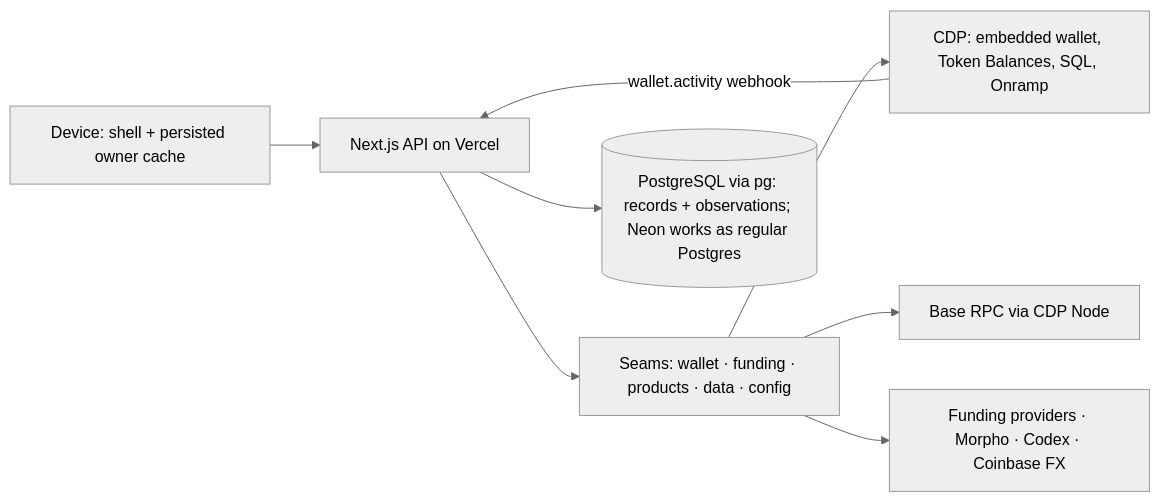
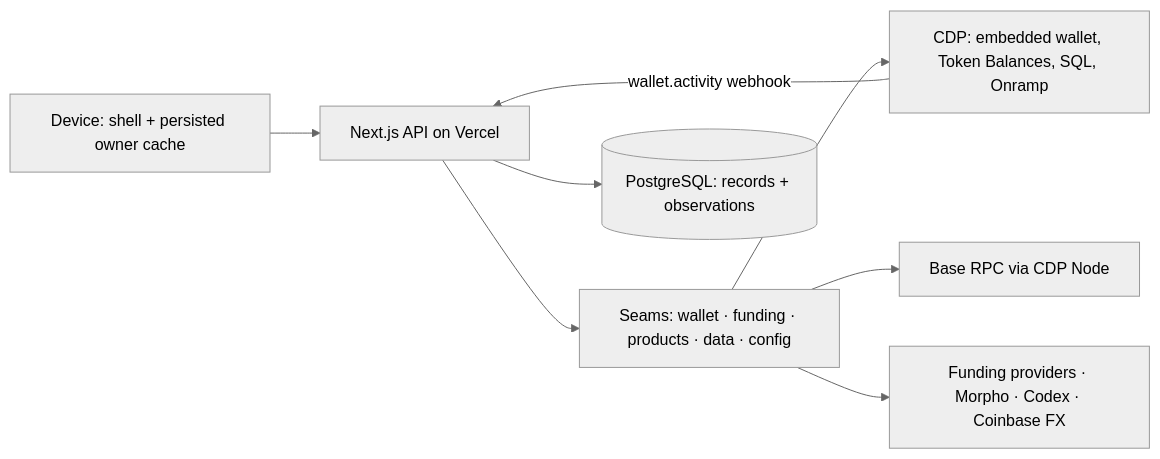
The diagram in docs/architecture.md (afrijaldz/home), drawn with Mermaid (neutral theme) before and after one commit. The commit also changed other lines of this file and 5 other files, not shown here.

````diff
--- a/docs/architecture.md
+++ b/docs/architecture.md
@@ -35,10 +35,10 @@
 ```mermaid
 flowchart LR
   Device[Device: shell + persisted owner cache] --> API[Next.js API on Vercel]
   API --> Seams[Seams: wallet · funding · products · data · config]
   Seams --> CDP[CDP: embedded wallet, Token Balances, SQL, Onramp]
   Seams --> Base[Base RPC via CDP Node]
   Seams --> Providers[Funding providers · Morpho · Codex · Coinbase FX]
-  API --> Postgres[(PostgreSQL via pg: records + observations; Neon works as regular Postgres)]
+  API --> Postgres[(PostgreSQL: records + observations)]
   CDP -- wallet.activity webhook --> API
 ```
````
